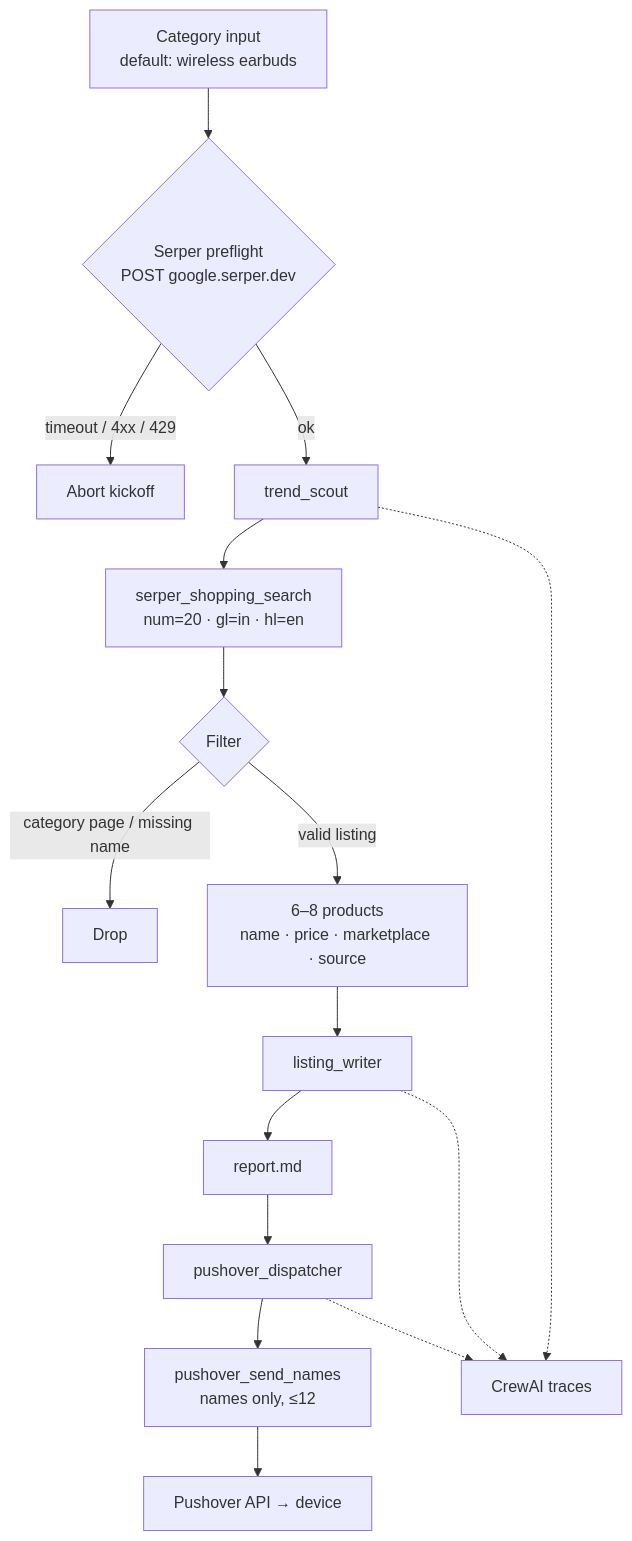
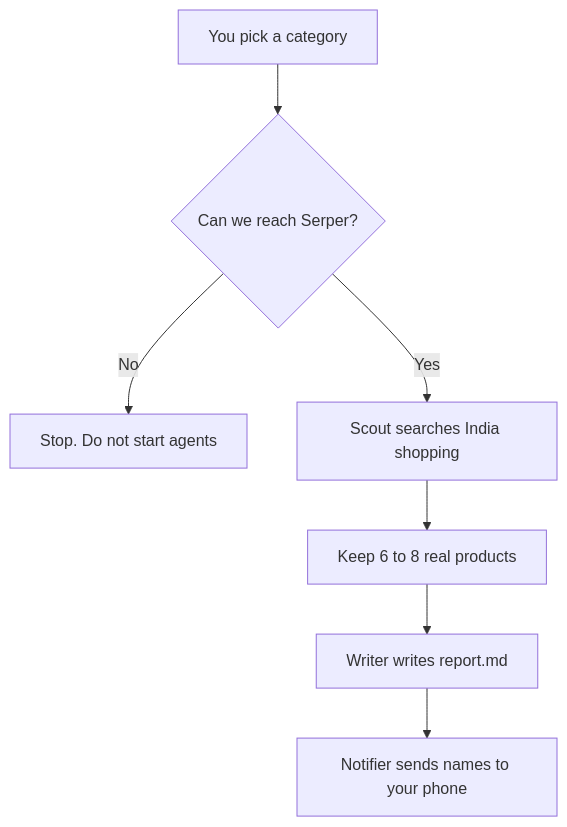
Before and after one commit to Mayankgupta1754/shoppiomart_recommender: the diagram in README.md, drawn with Mermaid. The commit also changed other lines of this file, not shown here.

````diff
--- a/README.md
+++ b/README.md
@@ -19,18 +17,9 @@
 ```mermaid
 flowchart TD
-    A[Category input<br/>default: wireless earbuds] --> B{Serper preflight<br/>POST google.serper.dev}
-    B -->|timeout / 4xx / 429| X[Abort kickoff]
-    B -->|ok| C[trend_scout]
-    C --> D[serper_shopping_search<br/>num=20 · gl=in · hl=en]
-    D --> E{Filter}
-    E -->|category page / missing name| E2[Drop]
-    E -->|valid listing| F[6–8 products<br/>name · price · marketplace · source]
-    F --> G[listing_writer]
-    G --> H[report.md]
-    H --> I[pushover_dispatcher]
-    I --> J[pushover_send_names<br/>names only, ≤12]
-    J --> K[Pushover API → device]
-    C -.-> T[CrewAI traces]
-    G -.-> T
-    I -.-> T
+    A[You pick a category] --> B{Can we reach Serper?}
+    B -->|No| X[Stop. Do not start agents]
+    B -->|Yes| C[Scout searches India shopping]
+    C --> D[Keep 6 to 8 real products]
+    D --> E[Writer writes report.md]
+    E --> F[Notifier sends names to your phone]
 ```
````
